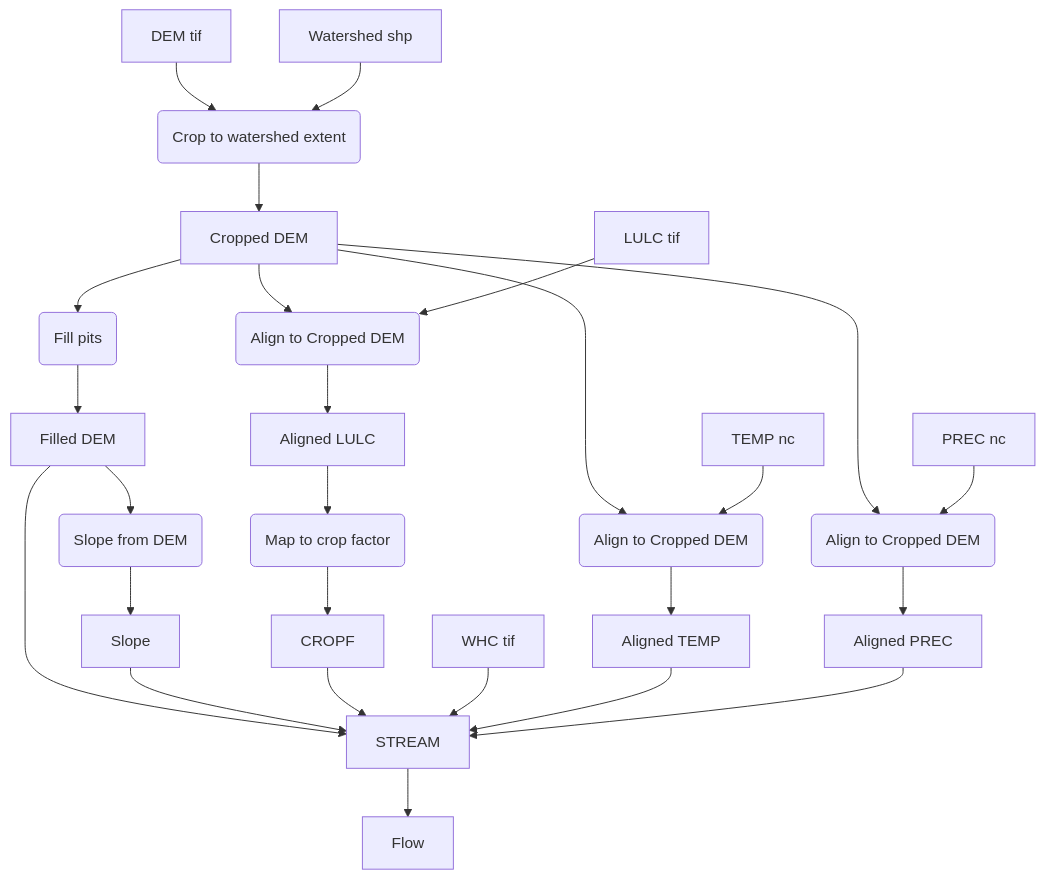
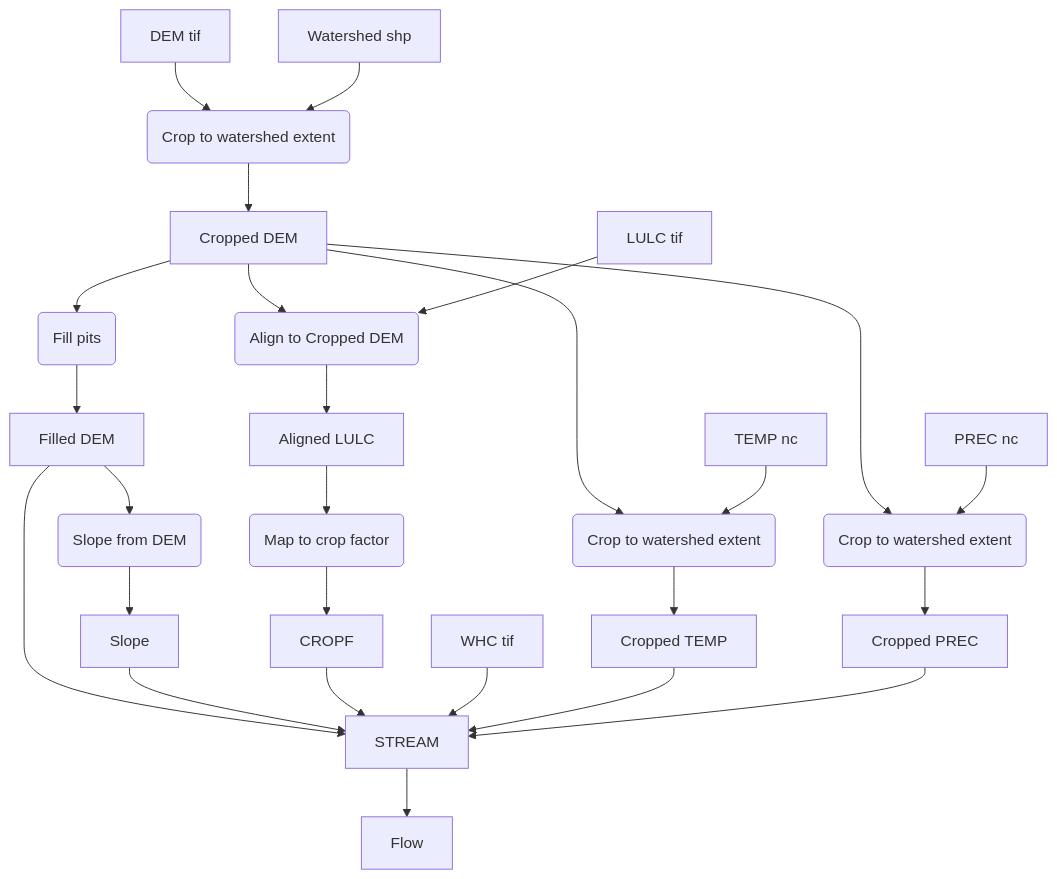
One commit to martibosch/pystream-example changed the diagram in analysis-dag.md. Above: the diagram before and after it, drawn with Mermaid. The commit also changed other lines of this file and 3 other files, not shown here.

Commit message:
crop prec step (changed DAG: we only crop nc data)

````diff
--- a/analysis-dag.md
+++ b/analysis-dag.md
@@ -3,35 +7,35 @@
 ```mermaid
 graph TD
 DEM[DEM tif] --> CROP(Crop to watershed extent);
 WSHED[Watershed shp] --> CROP;
 CROP --> DEMC[Cropped DEM];
 
 DEMC --> ALIGNL(Align to Cropped DEM);
 LULC[LULC tif] --> ALIGNL;
 ALIGNL --> LULCA[Aligned LULC];
 
 LULCA --> MAPC(Map to crop factor);
 MAPC --> CROPF[CROPF];
 
-DEMC --> ALIGNT(Align to Cropped DEM);
-TEMP[TEMP nc] --> ALIGNT;
-ALIGNT --> TEMPA[Aligned TEMP];
+DEMC --> CROPT(Crop to watershed extent);
+TEMP[TEMP nc] --> CROPT;
+CROPT --> TEMPA[Cropped TEMP];
 
-DEMC --> ALIGNP(Align to Cropped DEM);
-PREC[PREC nc] --> ALIGNP;
-ALIGNP --> PRECA[Aligned PREC];
+DEMC --> CROPP(Crop to watershed extent);
+PREC[PREC nc] --> CROPP;
+CROPP --> PRECA[Cropped PREC];
 
 DEMC --> FILL(Fill pits);
 FILL --> DEMF[Filled DEM];
 
 DEMF --> SLOPEF(Slope from DEM);
 SLOPEF --> SLOPE[Slope];
 
 DEMF --> STREAM[STREAM];
 SLOPE --> STREAM;
 CROPF --> STREAM;
 WHC[WHC tif] --> STREAM;
 TEMPA --> STREAM;
 PRECA --> STREAM;
 STREAM --> FLOW[Flow];
 ```
````
